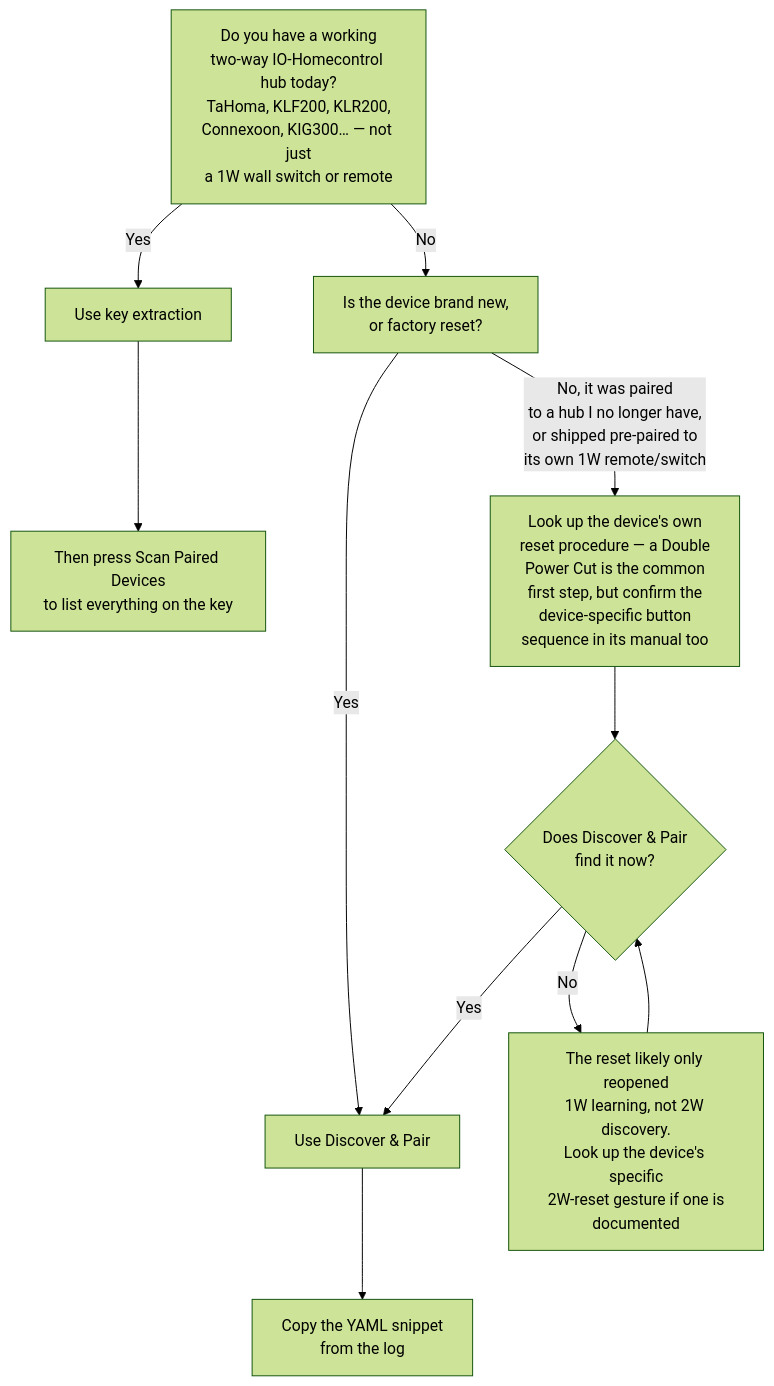
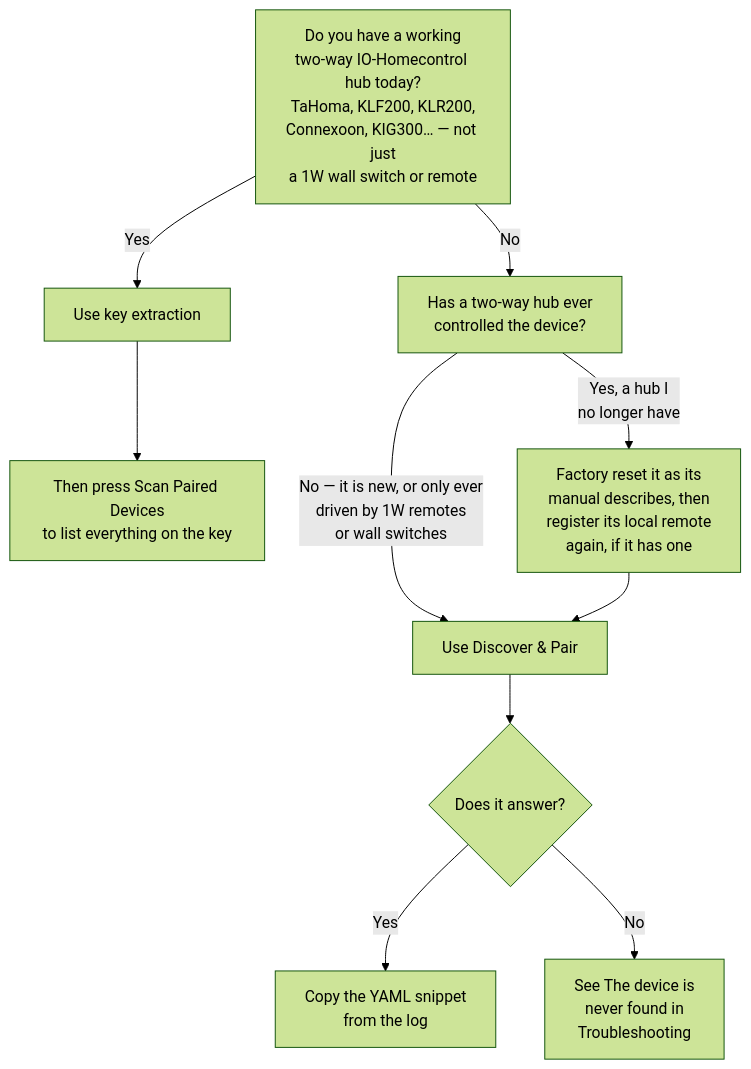
One commit to laberning/home_io_control changed the diagram in docs/pairing.md. Above: the diagram before and after it, drawn with Mermaid (forest theme). The commit also changed other lines of this file and 38 other files, not shown here.

Commit message:
feat: adds low-power roll-call pass and scan_power_classes tuning to scan paired devices

````diff
--- a/docs/pairing.md
+++ b/docs/pairing.md
@@ -9,13 +9,12 @@
 ```mermaid
 flowchart TD
     A[Do you have a working<br/>two-way IO-Homecontrol hub today?<br/>TaHoma, KLF200, KLR200,<br/>Connexoon, KIG300… — not just<br/>a 1W wall switch or remote] -->|Yes| B[Use key extraction]
-    A -->|No| C[Is the device brand new,<br/>or factory reset?]
-    C -->|Yes| D[Use Discover &amp; Pair]
-    C -->|No, it was paired<br/>to a hub I no longer have,<br/>or shipped pre-paired to<br/>its own 1W remote/switch| E[Look up the device's own<br/>reset procedure — a Double<br/>Power Cut is the common<br/>first step, but confirm the<br/>device-specific button<br/>sequence in its manual too]
-    E --> F{Does Discover &amp; Pair<br/>find it now?}
-    F -->|Yes| D
-    F -->|No| G[The reset likely only reopened<br/>1W learning, not 2W discovery.<br/>Look up the device's specific<br/>2W-reset gesture if one is<br/>documented]
+    A -->|No| C[Has a two-way hub ever<br/>controlled the device?]
+    C -->|No — it is new, or only ever<br/>driven by 1W remotes<br/>or wall switches| D[Use Discover &amp; Pair]
+    C -->|Yes, a hub I<br/>no longer have| E[Factory reset it as its<br/>manual describes, then<br/>register its local remote<br/>again, if it has one]
+    E --> D
+    D --> F{Does it answer?}
+    F -->|Yes| I[Copy the YAML snippet<br/>from the log]
+    F -->|No| G[See The device is<br/>never found in<br/>Troubleshooting]
     B --> H[Then press Scan Paired Devices<br/>to list everything on the key]
-    D --> I[Copy the YAML snippet<br/>from the log]
-    G --> F
 ```
````
